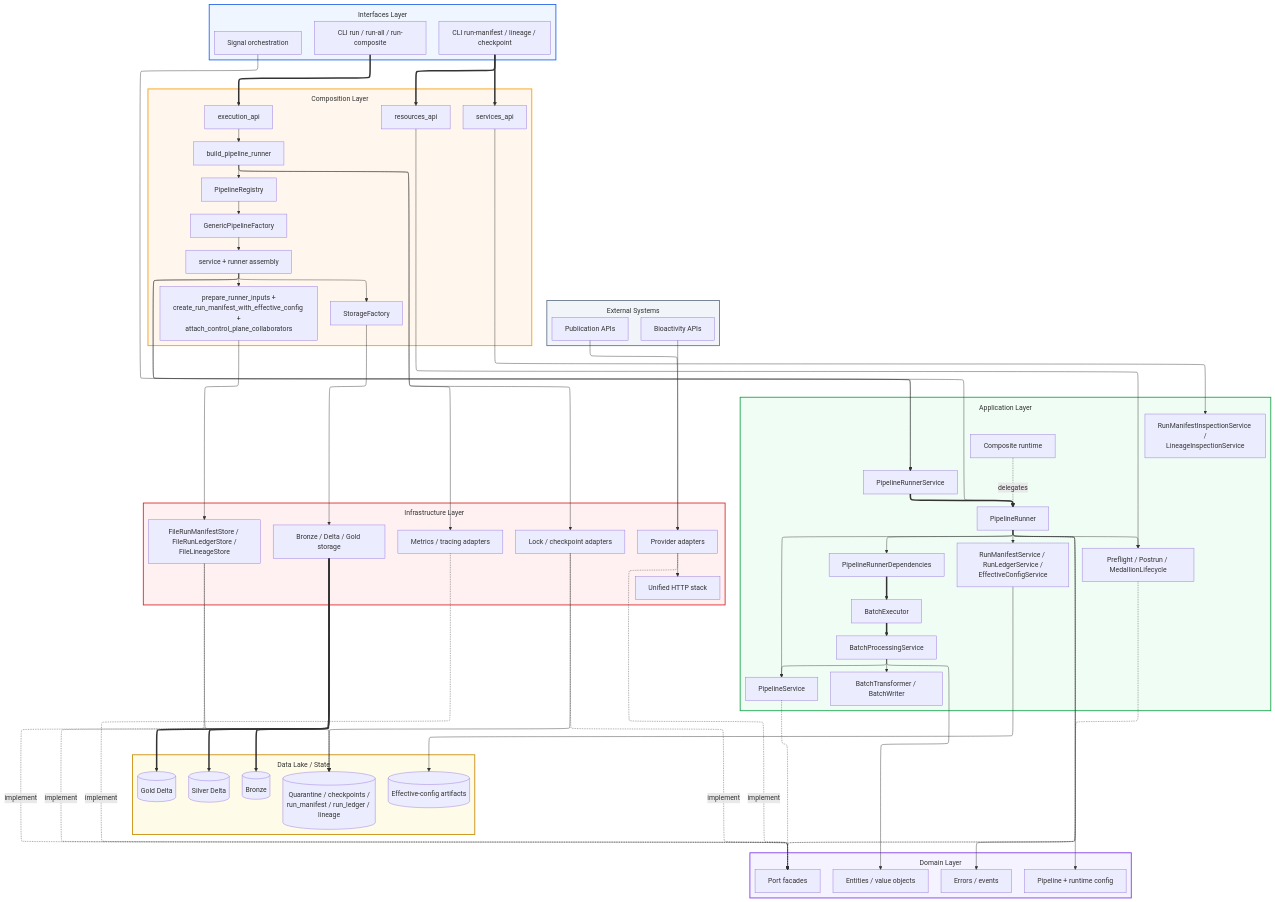
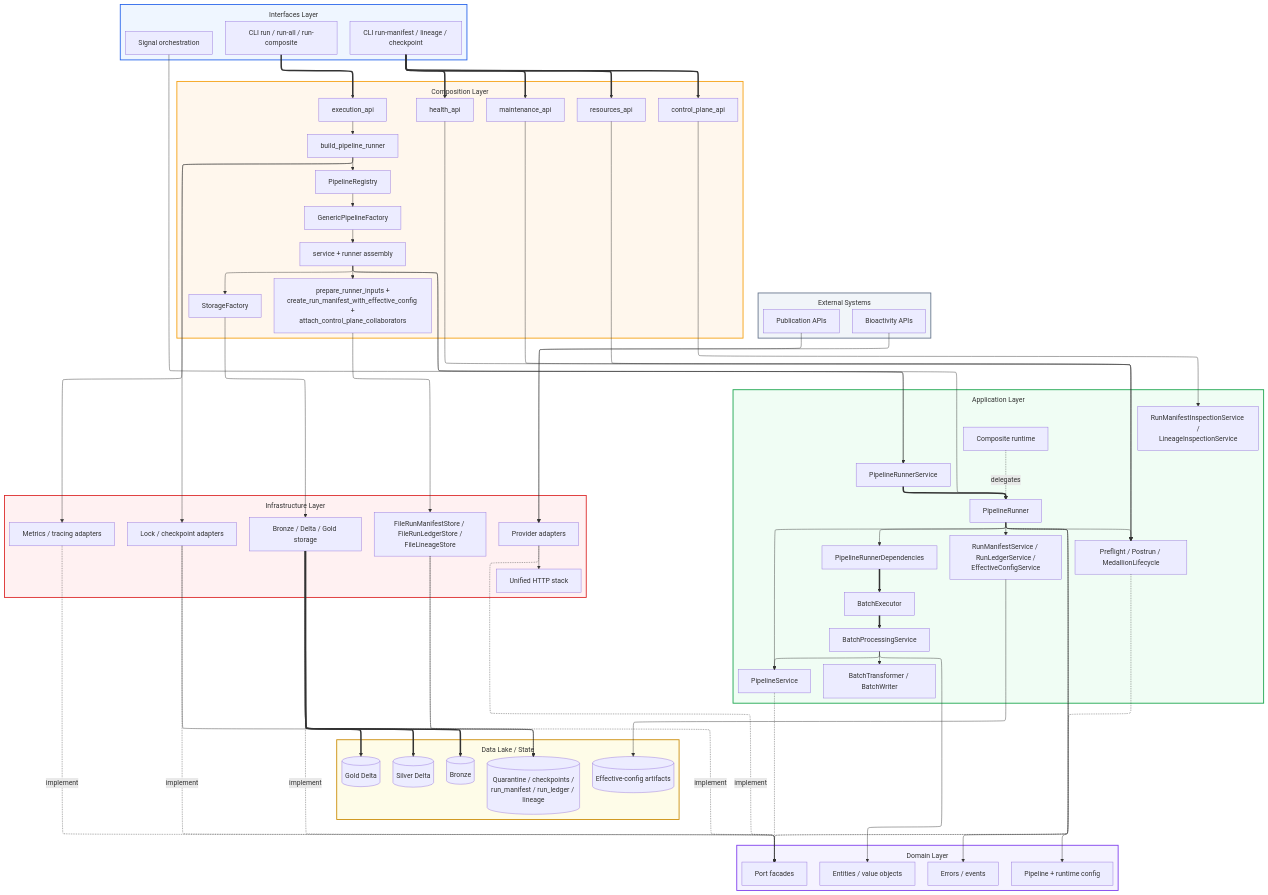
Before and after one commit to SatoryKono/BioactivityDataAcquisition: the diagram in docs/02-architecture/diagrams/foundation/01-full-system-component.mmd, drawn with Mermaid. The commit also changed 92 other files, not shown here.

First line of the commit message:
Update architecture docs, diagrams, and governance

```diff
--- a/docs/02-architecture/diagrams/foundation/01-full-system-component.mmd
+++ b/docs/02-architecture/diagrams/foundation/01-full-system-component.mmd
@@ -1,148 +1,154 @@
 %% Title: Full System Component Diagram
 %% Covers: RULES.md §1.1 (Five-Layer Architecture), §1.2 (Ports & Adapters), composition/runtime_builders, application/core
 %% Updated: 2026-03-28
-%% Components: CLI command families, execution/services/resources APIs, control-plane builders, PipelineRunnerService, PipelineRunner, BatchExecutor, BatchProcessingService, inspection/control-plane services, provider adapters, medallion + control-plane storage
+%% Components: CLI command families, execution/control-plane/health/maintenance/resources APIs, control-plane builders, PipelineRunnerService, PipelineRunner, BatchExecutor, BatchProcessingService, inspection/control-plane services, provider adapters, medallion + control-plane storage
 
 %% @version 1.3.0
 %% @date    2026-03-28
 %% @type    flowchart
 %% @level   Mixed (System / Component / Class)
 %% @nodes   35
 %% Legend: docs/02-architecture/diagrams/views/00-legend.mermaid
 %% @png-scale 6
 %% @png-dpi   600
 %% @adr     ADR-040
 %% @uniform width=252 height=72 max_title_len=30 max_desc_lines=1
 %%{init: {'layout': 'elk', 'flowchart': {'subGraphTitleMargin': {'top': 12, 'bottom': 12}}, 'elk': {'mergeEdges': true, 'nodePlacementStrategy': 'BRANDES_KOEPF', 'edgeRouting': 'ORTHOGONAL'}}}%%
 flowchart TB
     subgraph External["External Systems"]
         direction LR
         BioactivityAPIs["Bioactivity APIs"]
         PublicationAPIs["Publication APIs"]
     end
 
     subgraph Interfaces["Interfaces Layer"]
         direction TB
         CLI["CLI run / run-all / run-composite"]
         InspectCLI["CLI run-manifest / lineage / checkpoint"]
         Signals["Signal orchestration"]
     end
 
     subgraph Composition["Composition Layer"]
         direction TB
         ExecAPI["execution_api"]
-        ServicesAPI["services_api"]
+        ControlPlaneAPI["control_plane_api"]
+        HealthAPI["health_api"]
+        MaintenanceAPI["maintenance_api"]
         ResourcesAPI["resources_api"]
         BuildRunner["build_pipeline_runner"]
         Registry["PipelineRegistry"]
         PipelineFactory["GenericPipelineFactory"]
         StorageFactory["StorageFactory"]
         Assembly["service + runner assembly"]
         ControlPlaneBuild["prepare_runner_inputs +<br/>create_run_manifest_with_effective_config +<br/>attach_control_plane_collaborators"]
     end
 
     subgraph Application["Application Layer"]
         direction TB
         RunnerService["PipelineRunnerService"]
         PipelineRunner["PipelineRunner"]
         RunnerDeps["PipelineRunnerDependencies"]
         BatchExecutor["BatchExecutor"]
         BatchProcessing["BatchProcessingService"]
         TransformWrite["BatchTransformer / BatchWriter"]
         PipelineServices["PipelineService"]
         Lifecycle["Preflight / Postrun / MedallionLifecycle"]
         CompositeRuntime["Composite runtime"]
         ControlPlaneServices["RunManifestService / RunLedgerService /<br/>EffectiveConfigService"]
         InspectionServices["RunManifestInspectionService /<br/>LineageInspectionService"]
     end
 
     subgraph Domain["Domain Layer"]
         direction TB
         Ports["Port facades"]
         Models["Entities / value objects"]
         RuntimeConfig["Pipeline + runtime config"]
         Errors["Errors / events"]
     end
 
     subgraph Infrastructure["Infrastructure Layer"]
         direction TB
         ProviderAdapters["Provider adapters"]
         HTTPStack["Unified HTTP stack"]
         StorageRuntime["Bronze / Delta / Gold storage"]
         StateAdapters["Lock / checkpoint adapters"]
         ControlPlaneStores["FileRunManifestStore / FileRunLedgerStore /<br/>FileLineageStore"]
         Observability["Metrics / tracing adapters"]
     end
 
     subgraph DataLake["Data Lake / State"]
         direction LR
         Bronze[("Bronze")]
         Silver[("Silver Delta")]
         Gold[("Gold Delta")]
         ControlPlane[("Quarantine / checkpoints /<br/>run_manifest / run_ledger / lineage")]
         ConfigArtifacts[("Effective-config artifacts")]
     end
 
     BioactivityAPIs --> ProviderAdapters
     PublicationAPIs --> ProviderAdapters
 
     CLI ==> ExecAPI
-    InspectCLI ==> ServicesAPI
+    InspectCLI ==> ControlPlaneAPI
+    InspectCLI ==> HealthAPI
+    InspectCLI ==> MaintenanceAPI
     InspectCLI ==> ResourcesAPI
     Signals --> RunnerService
 
     ExecAPI --> BuildRunner
     BuildRunner --> Registry --> PipelineFactory
     PipelineFactory --> Assembly
     Assembly --> StorageFactory
     Assembly --> RunnerService
     Assembly --> PipelineRunner
     Assembly --> ControlPlaneBuild
-    ServicesAPI --> InspectionServices
+    ControlPlaneAPI --> InspectionServices
+    HealthAPI --> Lifecycle
+    MaintenanceAPI --> Lifecycle
     ResourcesAPI --> Lifecycle
 
     RunnerService ==> PipelineRunner
     PipelineRunner --> RunnerDeps
     RunnerDeps ==> BatchExecutor
     PipelineRunner --> PipelineServices
     PipelineRunner --> Lifecycle
     PipelineRunner --> ControlPlaneServices
     BatchExecutor ==> BatchProcessing
     BatchProcessing --> TransformWrite
     BatchProcessing --> PipelineServices
     CompositeRuntime -.->|"delegates"| PipelineRunner
 
     PipelineRunner -.-> Ports
     PipelineServices -.-> Ports
     Lifecycle -.-> Ports
     BatchProcessing --> Models
     PipelineRunner --> RuntimeConfig
     PipelineRunner --> Errors
 
     ProviderAdapters -.->|"implement"| Ports
     StorageRuntime -.->|"implement"| Ports
     StateAdapters -.->|"implement"| Ports
     ControlPlaneStores -.->|"implement"| Ports
     Observability -.->|"implement"| Ports
 
     ProviderAdapters --> HTTPStack
     StorageFactory --> StorageRuntime
     BuildRunner --> StateAdapters
     ControlPlaneBuild --> ControlPlaneStores
     BuildRunner --> Observability
 
     StorageRuntime ==> Bronze
     StorageRuntime ==> Silver
     StorageRuntime ==> Gold
     StateAdapters --> ControlPlane
     StorageRuntime -.-> ControlPlane
     ControlPlaneStores --> ControlPlane
     ControlPlaneServices --> ConfigArtifacts
 
     style External fill:#f1f5f9,stroke:#64748b,stroke-width:2px
     style Interfaces fill:#eff6ff,stroke:#2563eb,stroke-width:2px
     style Composition fill:#fff7ed,stroke:#f59e0b,stroke-width:2px
     style Application fill:#f0fdf4,stroke:#16a34a,stroke-width:2px
     style Domain fill:#f5f3ff,stroke:#7c3aed,stroke-width:2px
     style Infrastructure fill:#fff1f2,stroke:#dc2626,stroke-width:2px
     style DataLake fill:#fefce8,stroke:#ca8a04,stroke-width:2px
```
